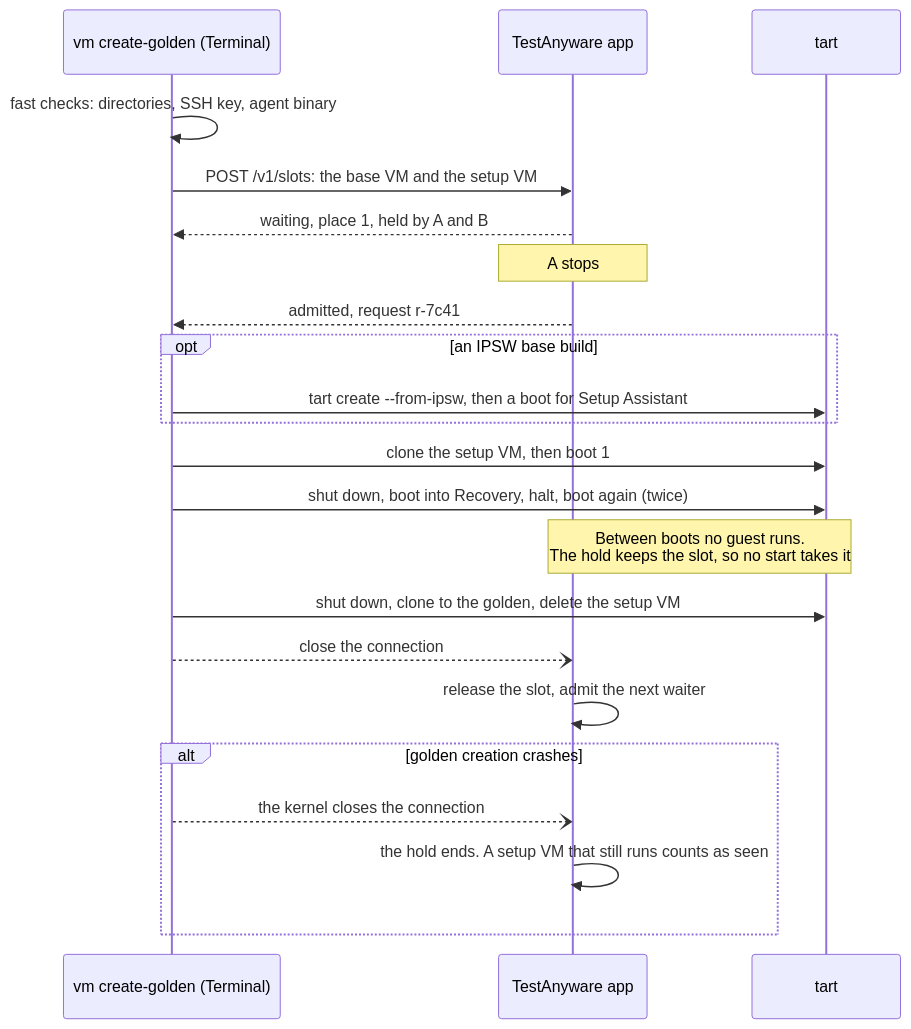
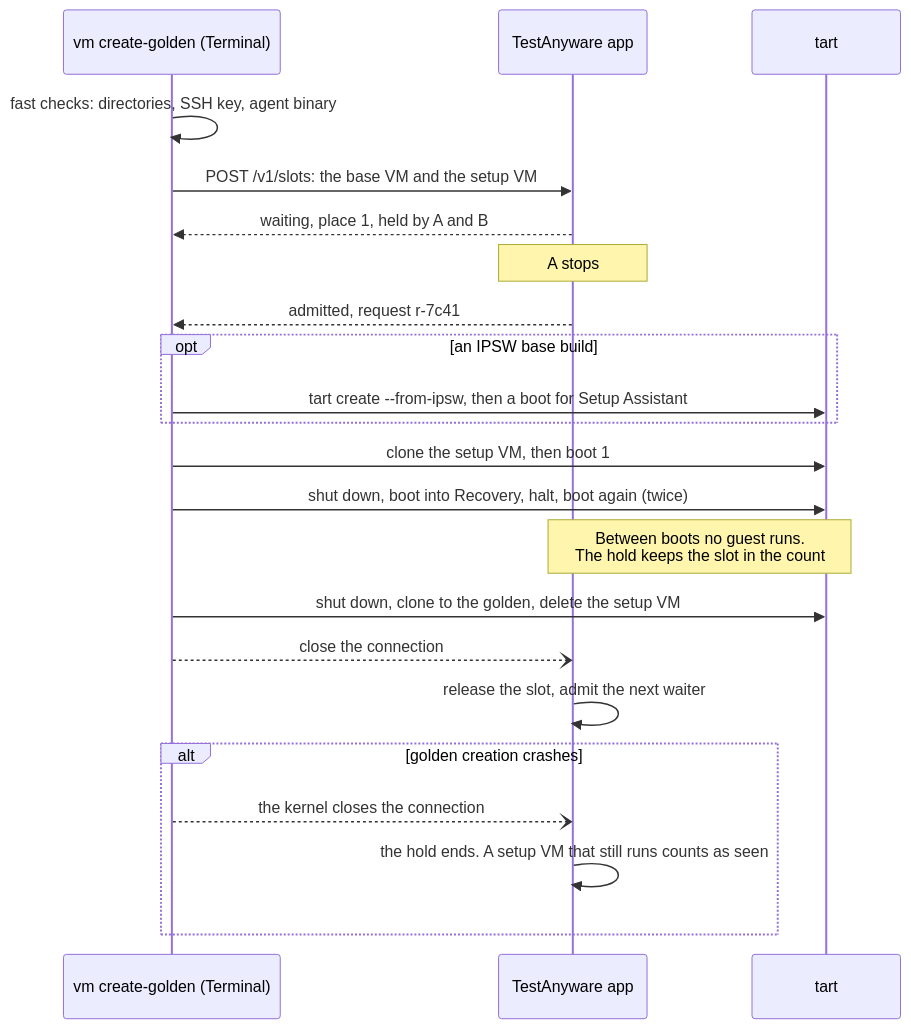
One commit to Linkuistics/TestAnyware changed the fifth of 7 diagrams in docs/specs/admission-queue.md. Above: the diagram before and after it, drawn with Mermaid. The commit also changed other lines of this file and 7 other files, not shown here.

First line of the commit message:
grove(admission-queue-k7): triage the findings of admission-queue-k6, fix contention, the start record and the count, cut admission-queue-k8, and retire the leaf

````diff
--- a/docs/specs/admission-queue.md
+++ b/docs/specs/admission-queue.md
@@ -392,24 +413,24 @@
 ```mermaid
 sequenceDiagram
   participant G as vm create-golden (Terminal)
   participant P as TestAnyware app
   participant T as tart
   G->>G: fast checks: directories, SSH key, agent binary
   G->>P: POST /v1/slots: the base VM and the setup VM
   P-->>G: waiting, place 1, held by A and B
   Note over P: A stops
   P-->>G: admitted, request r-7c41
   opt an IPSW base build
     G->>T: tart create --from-ipsw, then a boot for Setup Assistant
   end
   G->>T: clone the setup VM, then boot 1
   G->>T: shut down, boot into Recovery, halt, boot again (twice)
-  Note over P,T: Between boots no guest runs.<br/>The hold keeps the slot, so no start takes it
+  Note over P,T: Between boots no guest runs.<br/>The hold keeps the slot in the count
   G->>T: shut down, clone to the golden, delete the setup VM
   G--)P: close the connection
   P->>P: release the slot, admit the next waiter
   alt golden creation crashes
     G--)P: the kernel closes the connection
     P->>P: the hold ends. A setup VM that still runs counts as seen
   end
 ```
````
